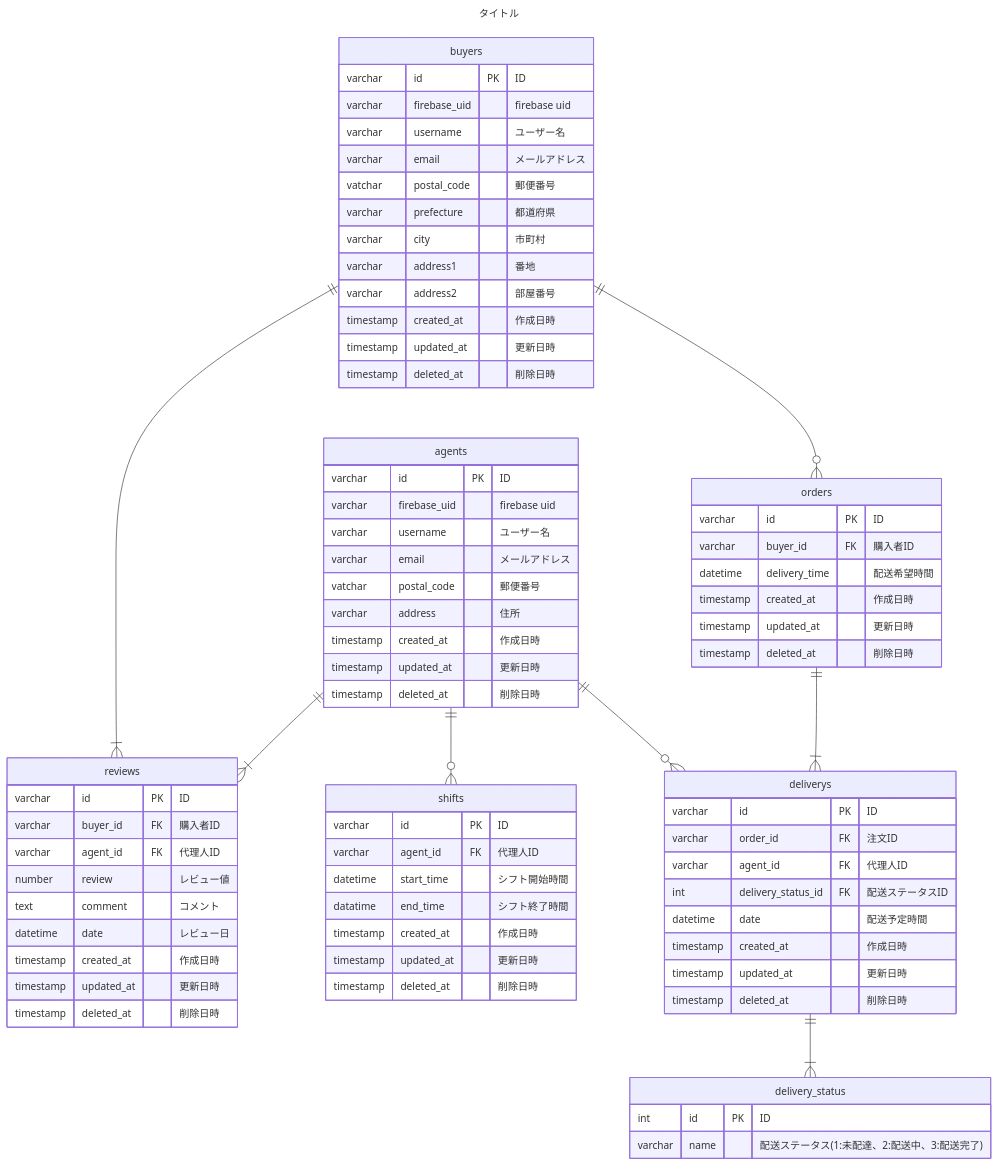
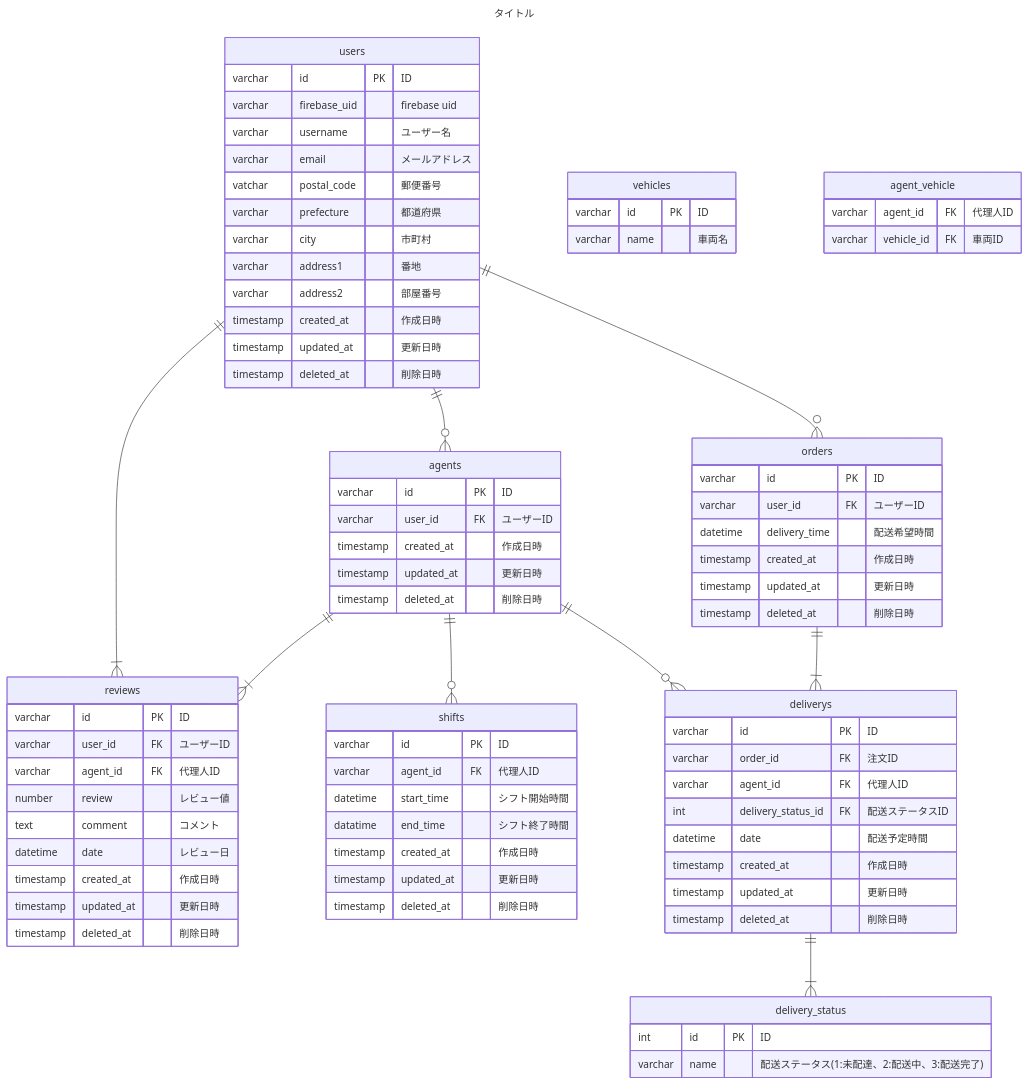
One commit to km1110/spark-2023-teamS changed the diagram in docs/db.md. Above: the diagram before and after it, drawn with Mermaid.

Commit message:
テーブルの追加とテーブル名の変更

```diff
--- a/docs/db.md
+++ b/docs/db.md
@@ -9,8 +9,10 @@
 title: "タイトル"
 ---
 erDiagram
-    buyers ||--|{ reviews : ""
-    buyers ||--o{ orders : ""
+    users ||--|{ reviews : ""
+    users ||--o{ orders : ""
+    users ||--o{ agents : ""
+
 
     agents ||--|{ reviews : ""
     agents ||--o{ shifts : ""
@@ -20,7 +22,7 @@
 
     deliverys ||--|{ delivery_status : ""
 
-    buyers {
+    users {
       varchar id PK "ID"
       varchar firebase_uid "firebase uid"
       varchar username "ユーザー名"
@@ -37,19 +39,25 @@
 
     agents {
       varchar id PK "ID"
-      varchar firebase_uid "firebase uid"
-      varchar username "ユーザー名"
-      varchar email "メールアドレス"
-      vatchar postal_code "郵便番号"
-      varchar address "住所"
+      varchar user_id FK "ユーザーID"
       timestamp created_at "作成日時"
       timestamp updated_at "更新日時"
       timestamp deleted_at "削除日時"
     }
 
+    vehicles {
+      varchar id PK "ID"
+      varchar name "車両名"
+    }
+
+    agent_vehicle {
+      varchar agent_id FK "代理人ID"
+      varchar vehicle_id FK "車両ID"
+    }
+
     orders {
       varchar id PK "ID"
-      varchar buyer_id FK "購入者ID"
+      varchar user_id FK "ユーザーID"
       datetime delivery_time "配送希望時間"
       timestamp created_at "作成日時"
       timestamp updated_at "更新日時"
@@ -58,7 +66,7 @@
 
     reviews {
       varchar id PK "ID"
-      varchar buyer_id FK "購入者ID"
+      varchar user_id FK "ユーザーID"
       varchar agent_id FK "代理人ID"
       number review "レビュー値"
       text comment "コメント"
```
